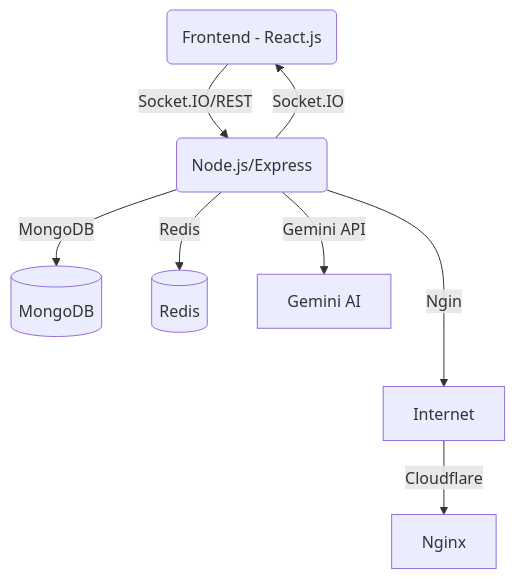
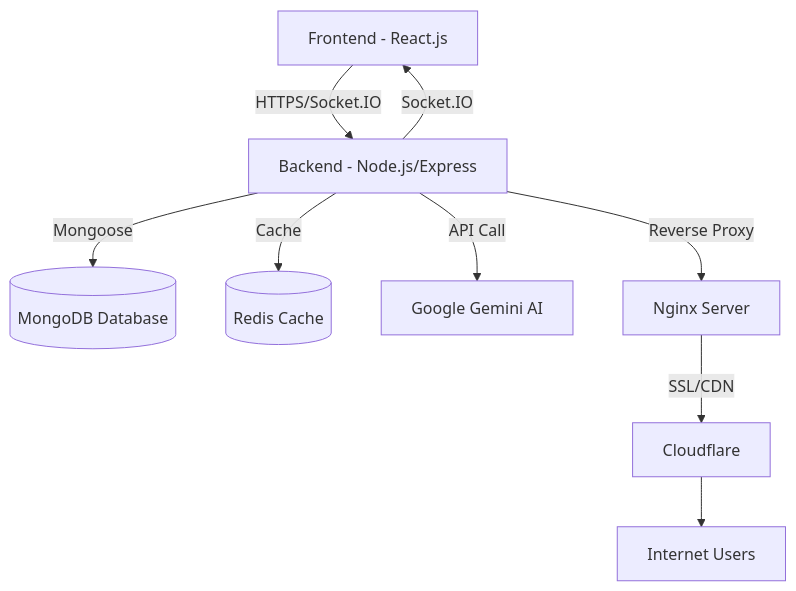
The diagram in README.md (Duy0605/ProjectManagementAI), drawn with Mermaid before and after one commit. The commit also changed other lines of this file and 6 other files, not shown here.

````diff
--- a/README.md
+++ b/README.md
@@ -68,10 +165,11 @@
 ```mermaid
 graph TD
-  Client(Frontend - React.js) --Socket.IO/REST--> Server(Node.js/Express)
-  Server --MongoDB--> Database[(MongoDB)]
-  Server --Redis--> Cache[(Redis)]
-  Server --Gemini API--> AI[Gemini AI]
-  Server --Socket.IO--> Client
-  Server --Nginx--> Internet
-  Internet --Cloudflare--> Nginx
+    Client[Frontend - React.js] --HTTPS/Socket.IO--> Server[Backend - Node.js/Express]
+    Server --Mongoose--> MongoDB[(MongoDB Database)]
+    Server --Cache--> Redis[(Redis Cache)]
+    Server --API Call--> Gemini[Google Gemini AI]
+    Server --Socket.IO--> Client
+    Server --Reverse Proxy--> Nginx[Nginx Server]
+    Nginx --SSL/CDN--> Cloudflare[Cloudflare]
+    Cloudflare --> Internet[Internet Users]
 ```
````
